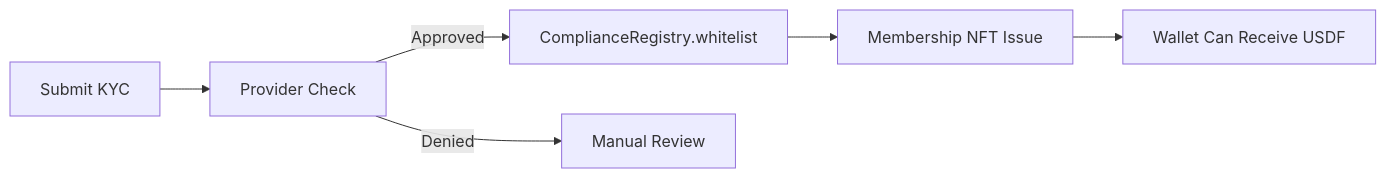
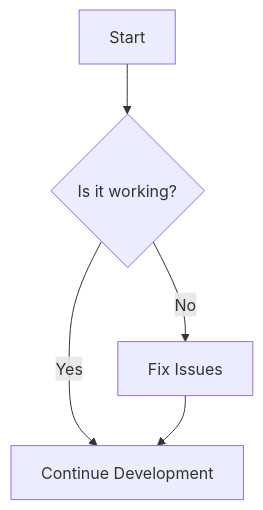
The diagram in README.md (kevanbtc/FTHUSDF), drawn with Mermaid before and after one commit. The commit also changed other lines of this file, not shown here.

Commit message:
Updated README.md to add improved content, features emojis, and formatted flowchart.

````diff
--- a/README.md
+++ b/README.md
@@ -116,8 +57,7 @@
 ```mermaid
-flowchart LR
-  A[Submit KYC] --> B[Provider Check]
-  B -->|Approved| C[ComplianceRegistry.whitelist]
-  C --> D[Membership NFT Issue]
-  D --> E[Wallet Can Receive USDF]
-  B -->|Denied| F[Manual Review]
-```
+flowchart TD
+    A[Start] --> B{Is it working?}
+    B -->|Yes| C[Continue Development]
+    B -->|No| D[Fix Issues]
+    D --> C
+``` 
````
